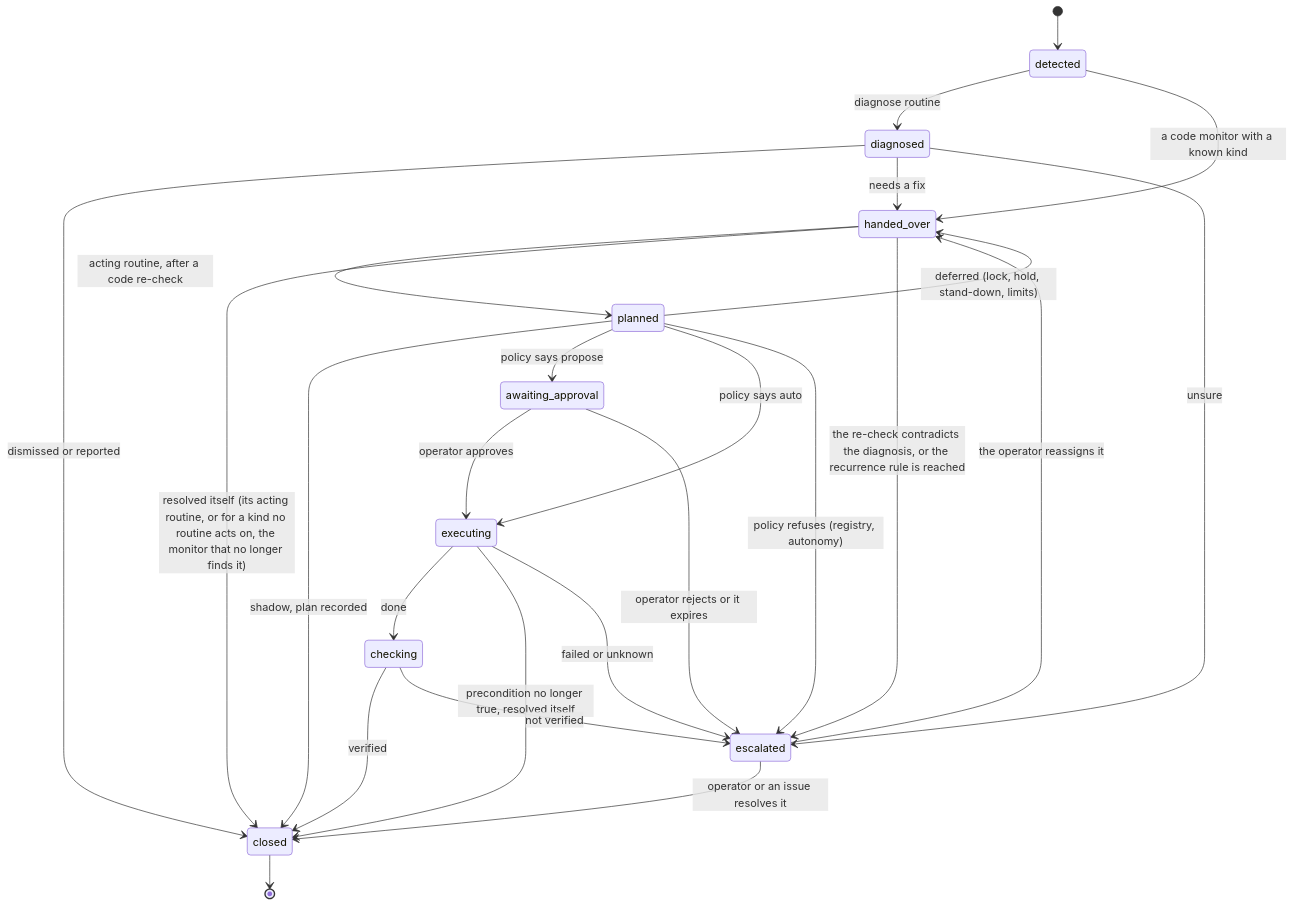
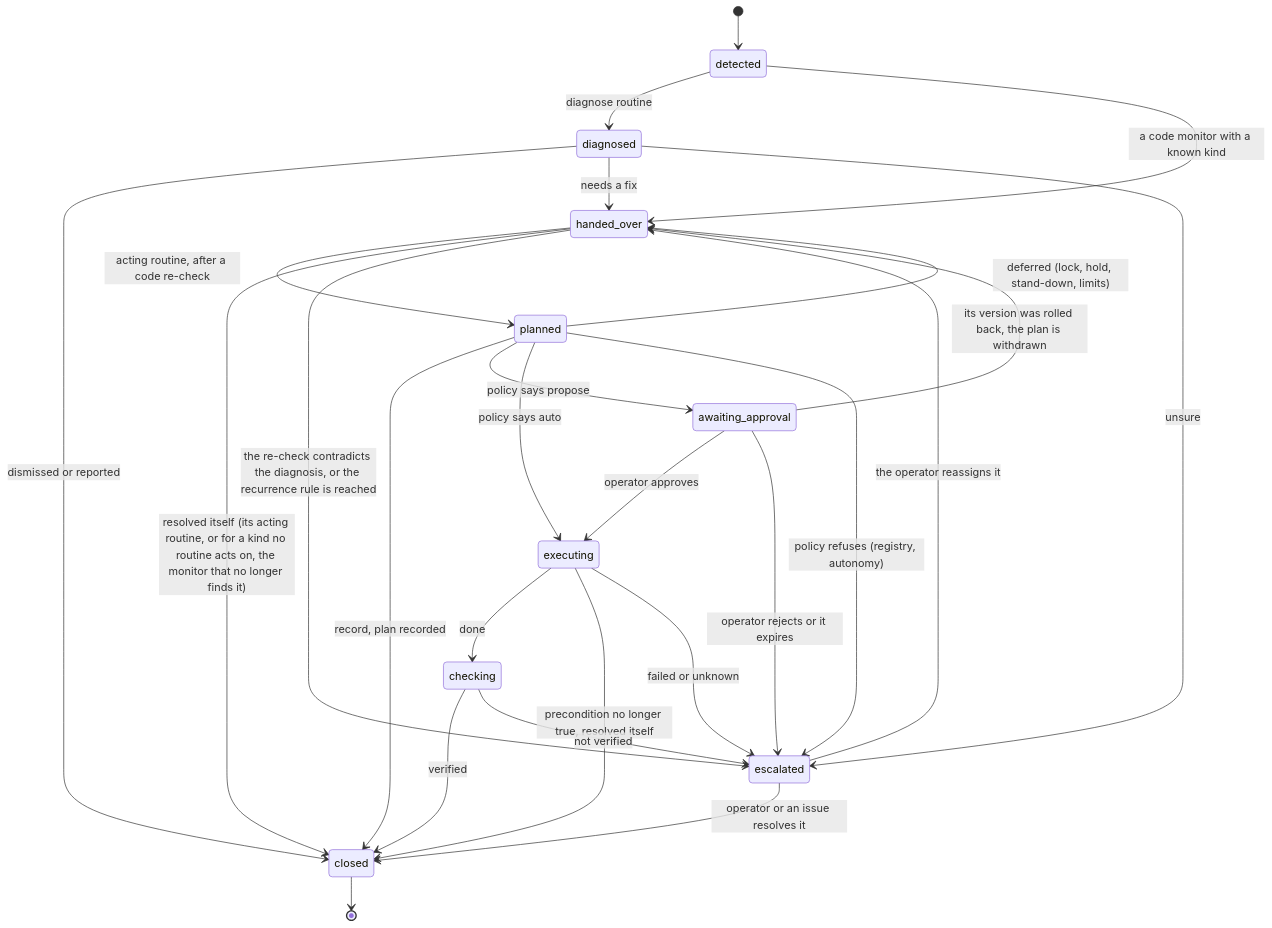
Before and after one commit to chipi/flotilla: the diagram in docs/architecture/run-lifecycle.md, drawn with Mermaid. The commit also changed other lines of this file and 11 other files, not shown here.

````diff
--- a/docs/architecture/run-lifecycle.md
+++ b/docs/architecture/run-lifecycle.md
@@ -11,27 +11,28 @@
 ```mermaid
 stateDiagram-v2
     [*] --> detected
     detected --> diagnosed: diagnose routine
     detected --> handed_over: a code monitor with a known kind
     diagnosed --> closed: dismissed or reported
     diagnosed --> handed_over: needs a fix
     diagnosed --> escalated: unsure
     handed_over --> planned: acting routine, after a code re-check
     handed_over --> closed: resolved itself (its acting routine, or for a kind no routine acts on, the monitor that no longer finds it)
     handed_over --> escalated: the re-check contradicts the diagnosis, or the recurrence rule is reached
-    planned --> closed: shadow, plan recorded
+    planned --> closed: record, plan recorded
     planned --> awaiting_approval: policy says propose
     planned --> executing: policy says auto
     planned --> handed_over: deferred (lock, hold, stand-down, limits)
     planned --> escalated: policy refuses (registry, autonomy)
     awaiting_approval --> executing: operator approves
     awaiting_approval --> escalated: operator rejects or it expires
+    awaiting_approval --> handed_over: its version was rolled back, the plan is withdrawn
     executing --> checking: done
     executing --> closed: precondition no longer true, resolved itself
     executing --> escalated: failed or unknown
     checking --> closed: verified
     checking --> escalated: not verified
     escalated --> handed_over: the operator reassigns it
     escalated --> closed: operator or an issue resolves it
     closed --> [*]
 ```
````
